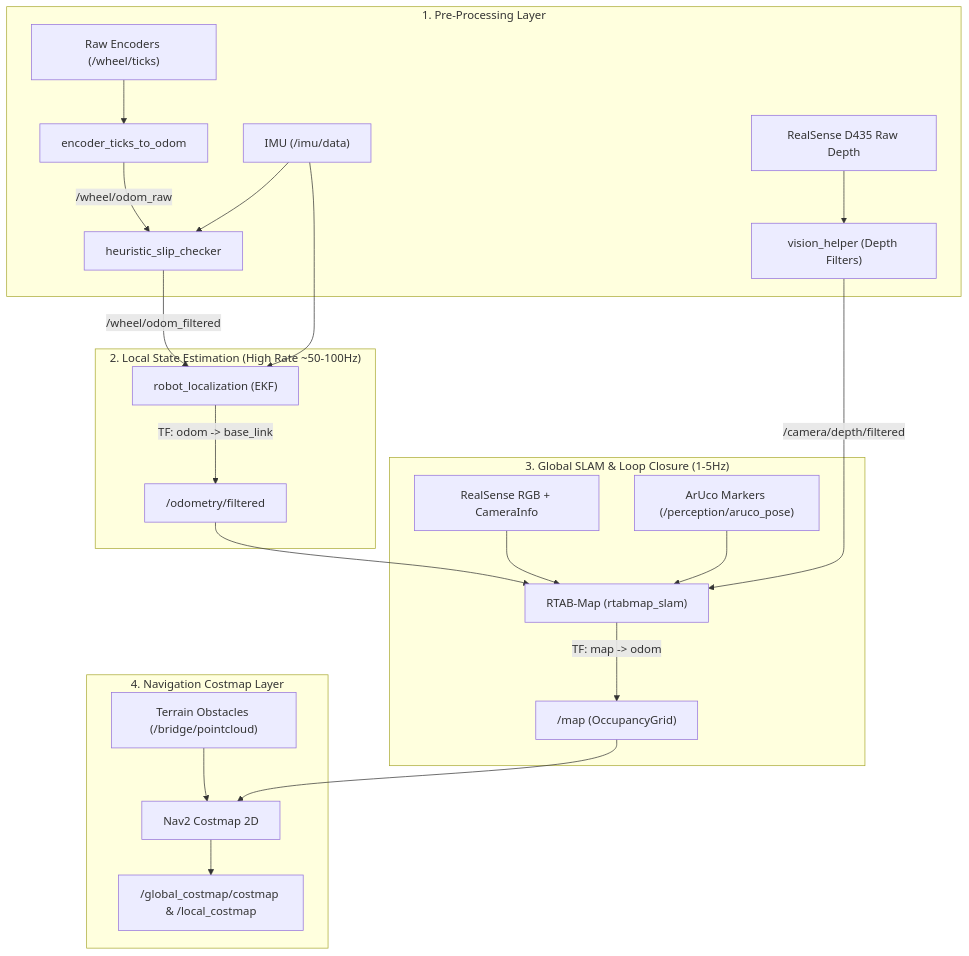
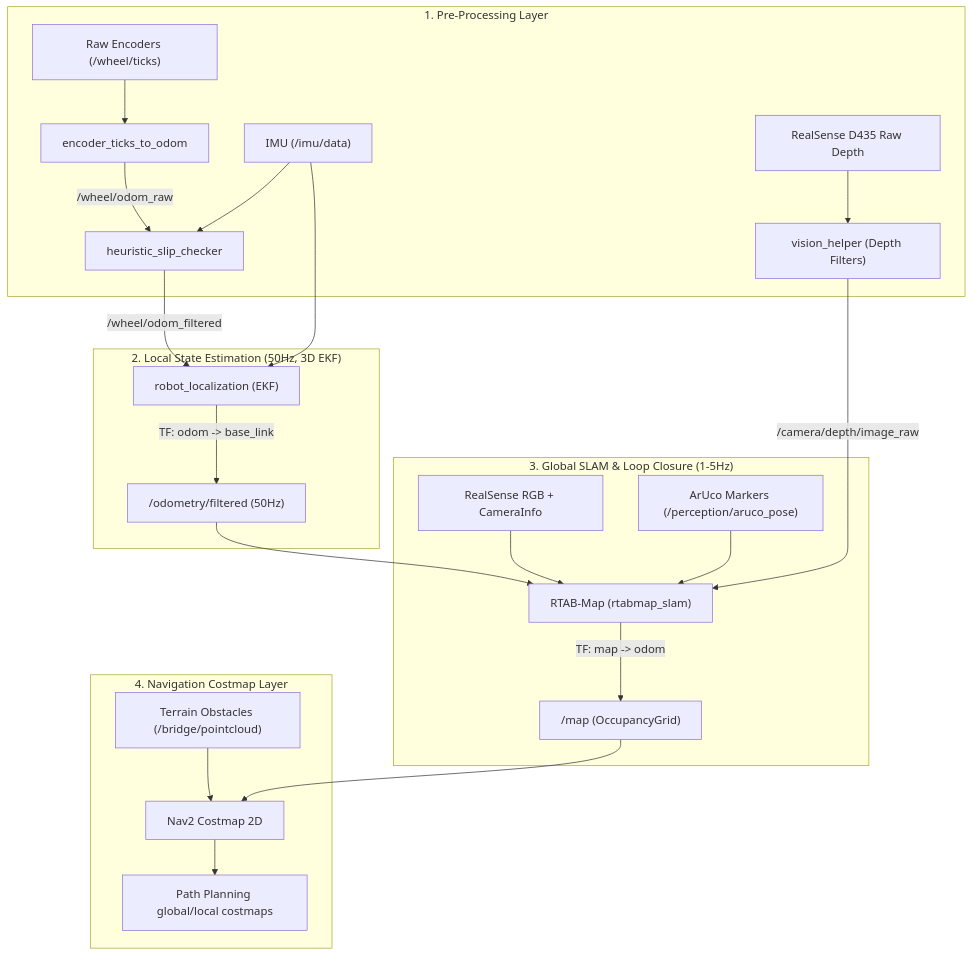
Before and after one commit to SAKHR-Robotics/Autonmous-27: the diagram in SLAM/rover_slam/README.md, drawn with Mermaid. The commit also changed other lines of this file and 14 other files, not shown here.

````diff
--- a/SLAM/rover_slam/README.md
+++ b/SLAM/rover_slam/README.md
@@ -9,29 +9,29 @@
 ```mermaid
 graph TD
     subgraph PreProcessing ["1. Pre-Processing Layer"]
         Ticks["Raw Encoders (/wheel/ticks)"] --> OdomNode["encoder_ticks_to_odom"]
         OdomNode -->|/wheel/odom_raw| SlipChecker["heuristic_slip_checker"]
         IMU_raw["IMU (/imu/data)"] --> SlipChecker
         Cam_raw["RealSense D435 Raw Depth"] --> VisionHelper["vision_helper (Depth Filters)"]
     end
 
-    subgraph LocalFusion ["2. Local State Estimation (High Rate ~50-100Hz)"]
+    subgraph LocalFusion ["2. Local State Estimation (50Hz, 3D EKF)"]
         SlipChecker -->|/wheel/odom_filtered| EKF["robot_localization (EKF)"]
         IMU_raw --> EKF
-        EKF -->|TF: odom -> base_link| OdomFiltered["/odometry/filtered"]
+        EKF -->|TF: odom -> base_link| OdomFiltered["/odometry/filtered (50Hz)"]
     end
 
     subgraph GlobalSLAM ["3. Global SLAM & Loop Closure (1-5Hz)"]
-        VisionHelper -->|/camera/depth/filtered| RTAB["RTAB-Map (rtabmap_slam)"]
+        VisionHelper -->|/camera/depth/image_raw| RTAB["RTAB-Map (rtabmap_slam)"]
         Cam_RGB["RealSense RGB + CameraInfo"] --> RTAB
         OdomFiltered --> RTAB
         ArUco["ArUco Markers (/perception/aruco_pose)"] --> RTAB
         RTAB -->|TF: map -> odom| GlobalMap["/map (OccupancyGrid)"]
     end
 
     subgraph NavigationLayer ["4. Navigation Costmap Layer"]
         GlobalMap --> Costmap["Nav2 Costmap 2D"]
         Rocks["Terrain Obstacles (/bridge/pointcloud)"] --> Costmap
-        Costmap --> OutCostmap["/global_costmap/costmap & /local_costmap"]
+        Costmap --> OutCostmap["Path Planning global/local costmaps"]
     end
 ```
````
